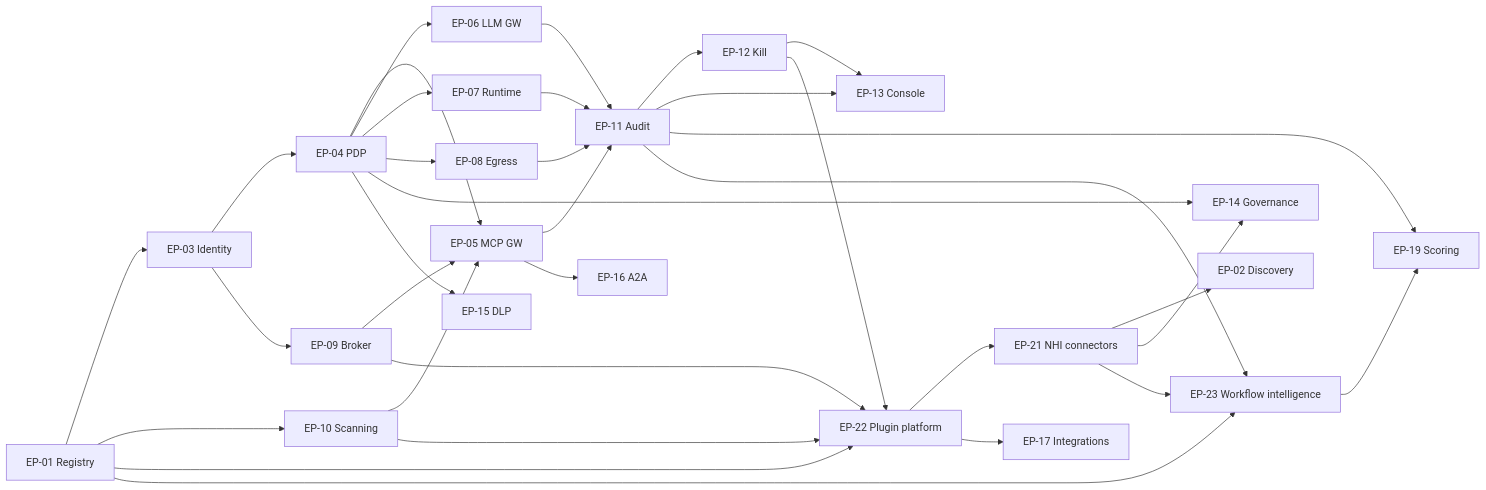
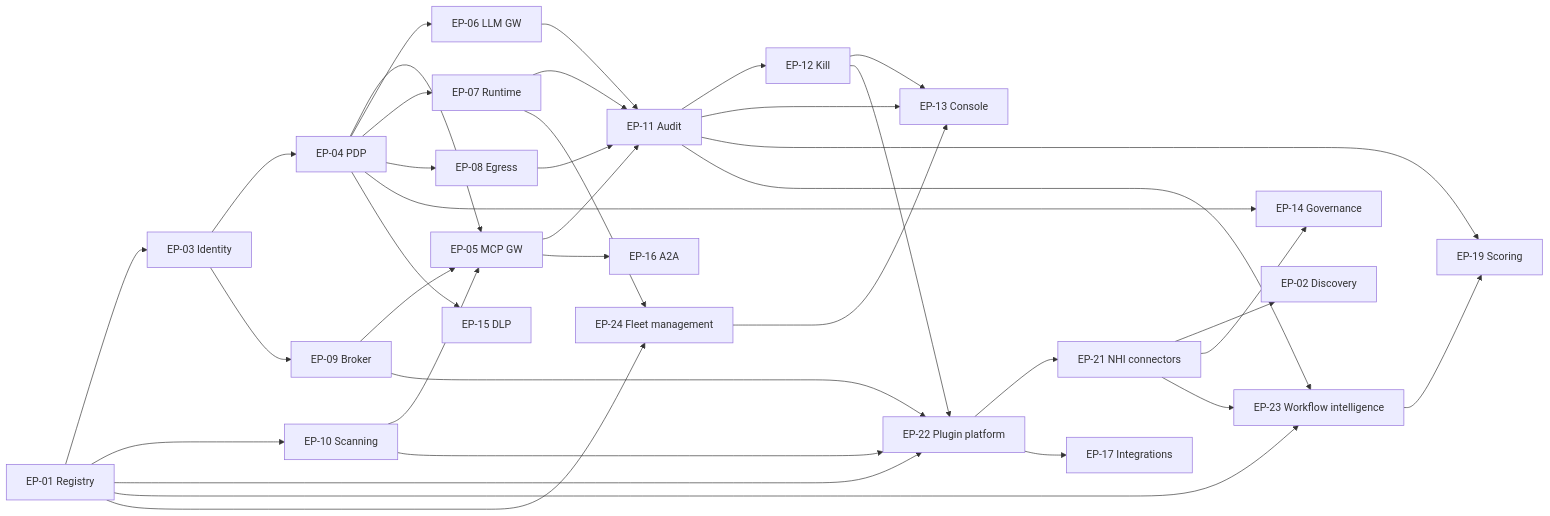
The diagram in docs/product/plan/c-requirements-catalog.md (ai-automation-tools/ai-security-command-center), drawn with Mermaid before and after one commit. The commit also changed other lines of this file and 10 other files, not shown here.

````diff
--- a/docs/product/plan/c-requirements-catalog.md
+++ b/docs/product/plan/c-requirements-catalog.md
@@ -323,24 +343,26 @@
 ```mermaid
 flowchart LR
   EP01[EP-01 Registry] --> EP03[EP-03 Identity]
   EP01 --> EP10[EP-10 Scanning]
   EP03 --> EP04[EP-04 PDP]
   EP04 --> EP05[EP-05 MCP GW] & EP06[EP-06 LLM GW] & EP07[EP-07 Runtime] & EP08[EP-08 Egress]
   EP03 --> EP09[EP-09 Broker]
   EP09 --> EP05
   EP05 & EP06 & EP07 & EP08 --> EP11[EP-11 Audit]
   EP11 --> EP12[EP-12 Kill]
   EP10 --> EP05
   EP11 --> EP13[EP-13 Console]
   EP12 --> EP13
   EP04 --> EP14[EP-14 Governance] & EP15[EP-15 DLP]
   EP05 --> EP16[EP-16 A2A]
   EP11 --> EP19[EP-19 Scoring]
   EP01 & EP09 & EP10 & EP12 --> EP22[EP-22 Plugin platform]
   EP22 --> EP21[EP-21 NHI connectors]
   EP21 --> EP02[EP-02 Discovery]
   EP21 --> EP14
   EP01 & EP11 & EP21 --> EP23[EP-23 Workflow intelligence]
   EP23 --> EP19
   EP22 --> EP17[EP-17 Integrations]
+  EP01 & EP07 --> EP24[EP-24 Fleet management]
+  EP24 --> EP13
 ```
````
